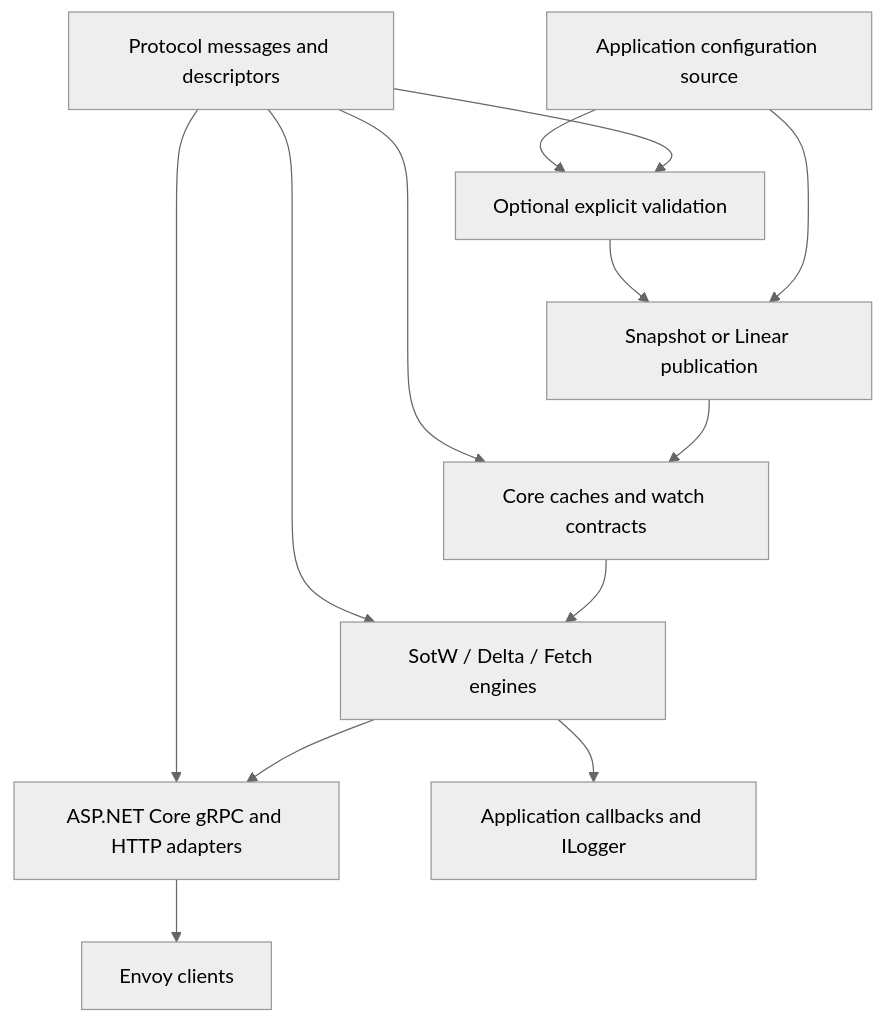
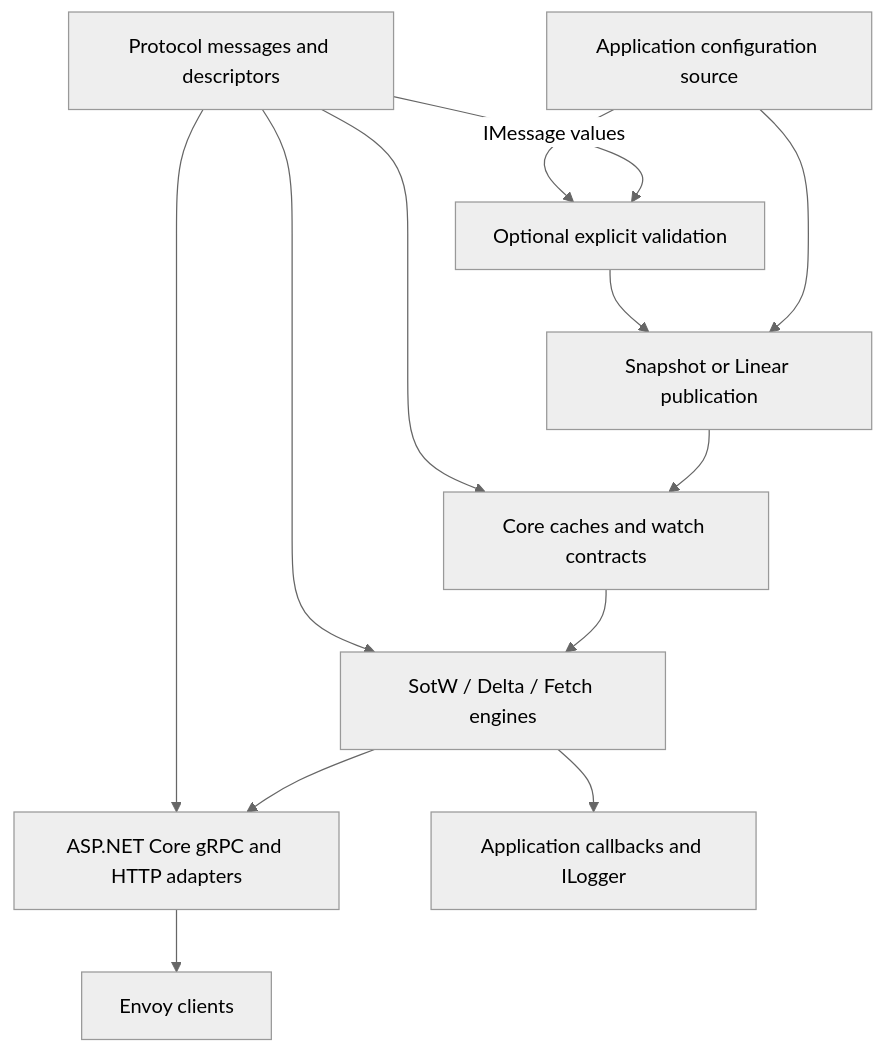
One commit to knightfall/envoy-dotnet-control-plane changed the first of 2 diagrams in docs/architecture/ARCHITECTURE.md. Above: the diagram before and after it, drawn with Mermaid (neutral theme). The commit also changed other lines of this file and 71 other files, not shown here.

````diff
--- a/docs/architecture/ARCHITECTURE.md
+++ b/docs/architecture/ARCHITECTURE.md
@@ -28,15 +28,15 @@
 ```mermaid
 flowchart TD
     A[Application configuration source] --> B[Snapshot or Linear publication]
     B --> C[Core caches and watch contracts]
     C --> D[SotW / Delta / Fetch engines]
     D --> E[ASP.NET Core gRPC and HTTP adapters]
     E --> F[Envoy clients]
     P[Protocol messages and descriptors] --> C
     P --> D
     P --> E
-    P --> V[Optional explicit validation]
+    P -->|IMessage values| V[Optional explicit validation]
     A --> V
     V --> B
     D --> H[Application callbacks and ILogger]
 ```
````
